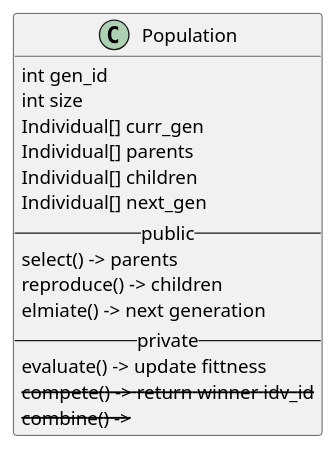
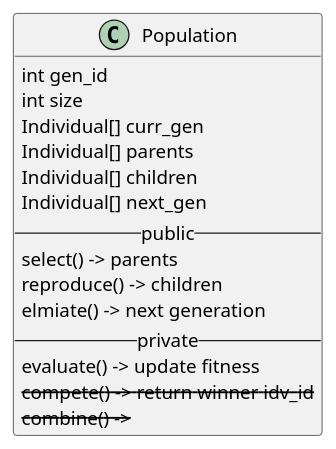
Before and after one commit to neal-nie/openGA: the third of 4 diagrams in doc/architecture.md, drawn with PlantUML. The commit also changed other lines of this file and 8 other files, not shown here.

````diff
--- a/doc/architecture.md
+++ b/doc/architecture.md
@@ -40,20 +40,20 @@
     ```puml
     @startuml
     Class Population {
         int gen_id
         int size
         Individual[] curr_gen
         Individual[] parents
         Individual[] children
         Individual[] next_gen
         --public--
         select() -> parents
         reproduce() -> children
         elmiate() -> next generation
         --private--
-        evaluate() -> update fittness
+        evaluate() -> update fitness
         <s>compete() -> return winner idv_id</s>
         <s>combine() -> </s>
     }
     @enduml
     ```
````
